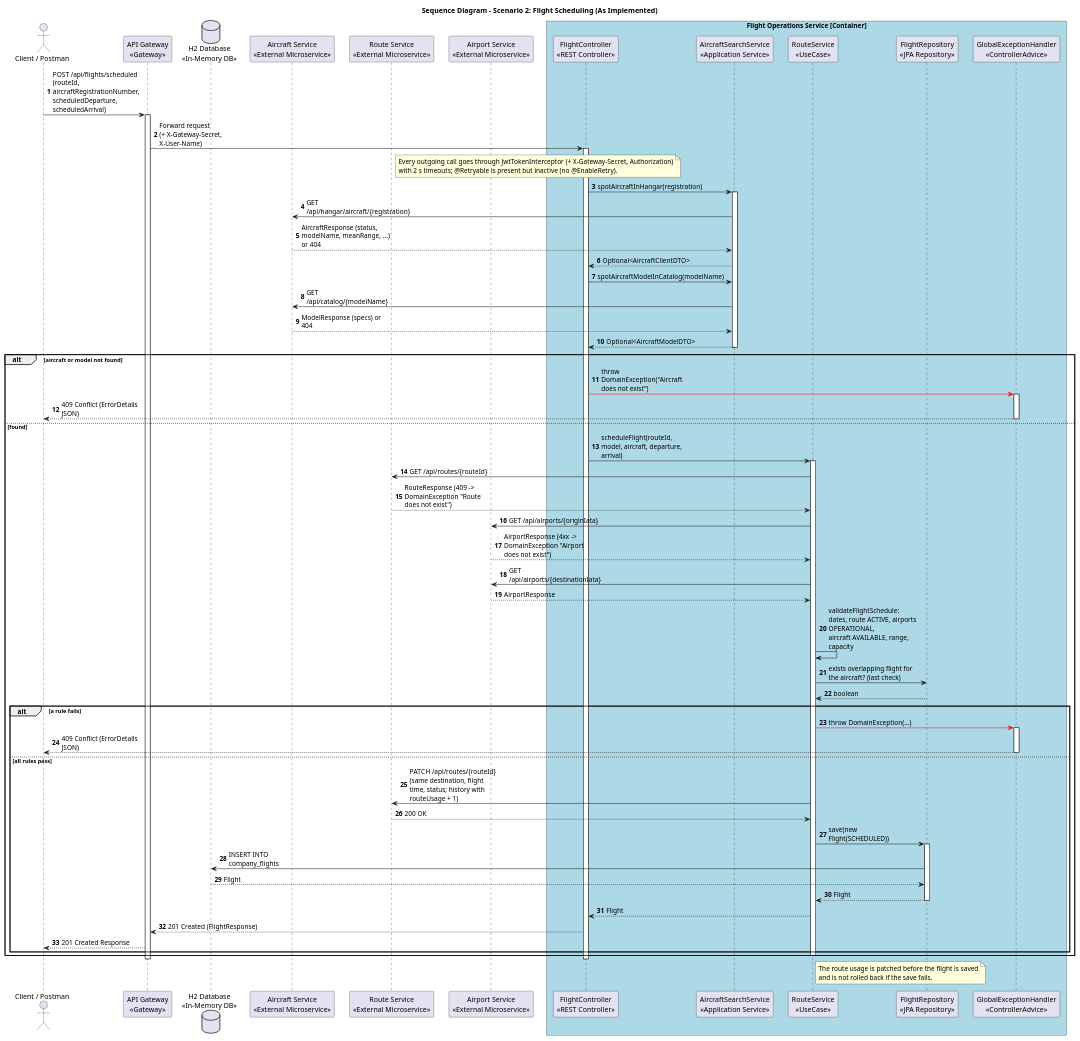
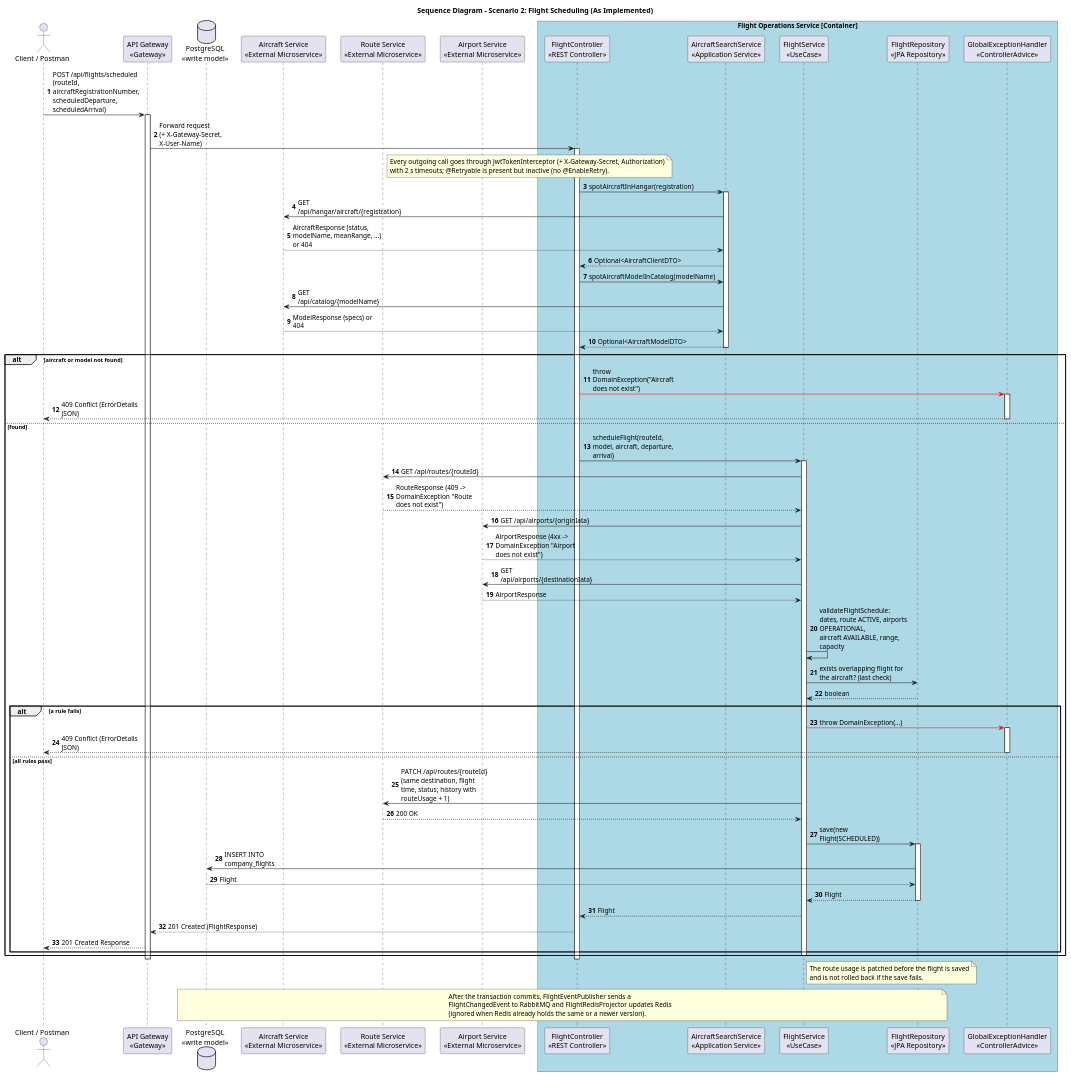
One commit to 8126Lucas/SIDIS_G6_3DA changed the diagram in flight-service/docs/sequence-diagrams/scenario-2-schedule-flight.puml. Above: the diagram before and after it, drawn with PlantUML. The commit also changed 44 other files, not shown here.

First line of the commit message:
Update CQRS architecture documentation

```diff
--- a/flight-service/docs/sequence-diagrams/scenario-2-schedule-flight.puml
+++ b/flight-service/docs/sequence-diagrams/scenario-2-schedule-flight.puml
@@ -1,95 +1,102 @@
 @startuml
 skinparam responseMessageBelowArrow true
 skinparam maxMessageSize 180
 skinparam boxPadding 10
 skinparam participantPadding 10
 skinparam shadowing false
 
 title Sequence Diagram - Scenario 2: Flight Scheduling (As Implemented)
 
 autonumber
 
 actor "Client / Postman" as client
 participant "API Gateway\n<<Gateway>>" as gateway
 participant "FlightController\n<<REST Controller>>" as controller
 participant "AircraftSearchService\n<<Application Service>>" as aircraft_search
-participant "RouteService\n<<UseCase>>" as route_svc
+participant "FlightService\n<<UseCase>>" as route_svc
 participant "FlightRepository\n<<JPA Repository>>" as repo
-database "H2 Database\n<<In-Memory DB>>" as db
+database "PostgreSQL\n<<write model>>" as db
 participant "GlobalExceptionHandler\n<<ControllerAdvice>>" as exception_handler
 participant "Aircraft Service\n<<External Microservice>>" as aircraft_svc
 participant "Route Service\n<<External Microservice>>" as route_api
 participant "Airport Service\n<<External Microservice>>" as airport_svc
 
 box "Flight Operations Service [Container]" #LightBlue
     participant controller
     participant aircraft_search
     participant route_svc
     participant repo
     participant exception_handler
 end box
 
 client -> gateway : POST /api/flights/scheduled\n(routeId, aircraftRegistrationNumber, scheduledDeparture, scheduledArrival)
 activate gateway
 gateway -> controller : Forward request\n(+ X-Gateway-Secret, X-User-Name)
 activate controller
 
 note over controller, airport_svc : Every outgoing call goes through JwtTokenInterceptor (+ X-Gateway-Secret, Authorization)\nwith 2 s timeouts; @Retryable is present but inactive (no @EnableRetry).
 
 controller -> aircraft_search : spotAircraftInHangar(registration)
 activate aircraft_search
 aircraft_search -> aircraft_svc : GET /api/hangar/aircraft/{registration}
 aircraft_svc --> aircraft_search : AircraftResponse (status, modelName, meanRange, ...) or 404
 aircraft_search --> controller : Optional<AircraftClientDTO>
 controller -> aircraft_search : spotAircraftModelInCatalog(modelName)
 aircraft_search -> aircraft_svc : GET /api/catalog/{modelName}
 aircraft_svc --> aircraft_search : ModelResponse (specs) or 404
 aircraft_search --> controller : Optional<AircraftModelDTO>
 deactivate aircraft_search
 
 alt aircraft or model not found
     controller -[#red]> exception_handler : throw DomainException("Aircraft does not exist")
     activate exception_handler
     exception_handler --> client : 409 Conflict (ErrorDetails JSON)
     deactivate exception_handler
 else found
     controller -> route_svc : scheduleFlight(routeId, model, aircraft, departure, arrival)
     activate route_svc
 
     route_svc -> route_api : GET /api/routes/{routeId}
     route_api --> route_svc : RouteResponse (409 -> DomainException "Route does not exist")
     route_svc -> airport_svc : GET /api/airports/{originIata}
     airport_svc --> route_svc : AirportResponse (4xx -> DomainException "Airport does not exist")
     route_svc -> airport_svc : GET /api/airports/{destinationIata}
     airport_svc --> route_svc : AirportResponse
 
     route_svc -> route_svc : validateFlightSchedule: dates, route ACTIVE, airports OPERATIONAL,\naircraft AVAILABLE, range, capacity
     route_svc -> repo : exists overlapping flight for the aircraft? (last check)
     repo --> route_svc : boolean
 
     alt a rule fails
         route_svc -[#red]> exception_handler : throw DomainException(...)
         activate exception_handler
         exception_handler --> client : 409 Conflict (ErrorDetails JSON)
         deactivate exception_handler
     else all rules pass
         route_svc -> route_api : PATCH /api/routes/{routeId}\n(same destination, flight time, status; history with routeUsage + 1)
         route_api --> route_svc : 200 OK
         route_svc -> repo : save(new Flight(SCHEDULED))
         activate repo
         repo -> db : INSERT INTO company_flights
         db --> repo : Flight
         repo --> route_svc : Flight
         deactivate repo
         route_svc --> controller : Flight
         controller --> gateway : 201 Created (FlightResponse)
         gateway --> client : 201 Created Response
     end
     deactivate route_svc
 end
 deactivate controller
 deactivate gateway
 
 note right of route_svc : The route usage is patched before the flight is saved\nand is not rolled back if the save fails.
 
+
+note over repo, db
+  After the transaction commits, FlightEventPublisher sends a
+  FlightChangedEvent to RabbitMQ and FlightRedisProjector updates Redis
+  (ignored when Redis already holds the same or a newer version).
+end note
+
 @enduml
```
